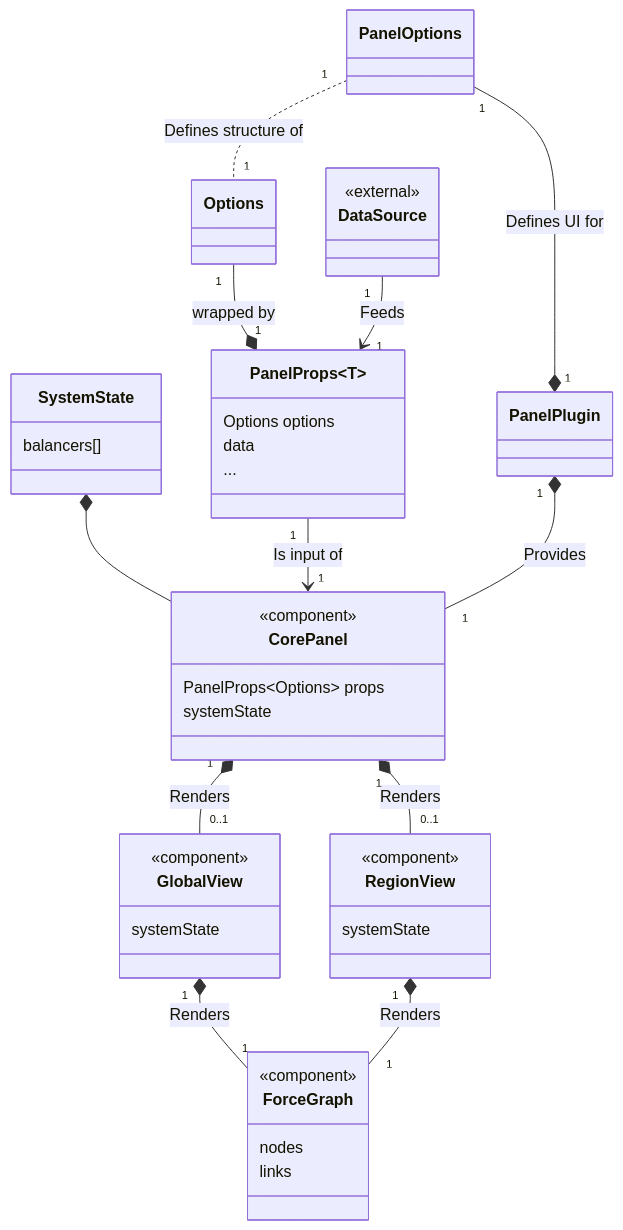
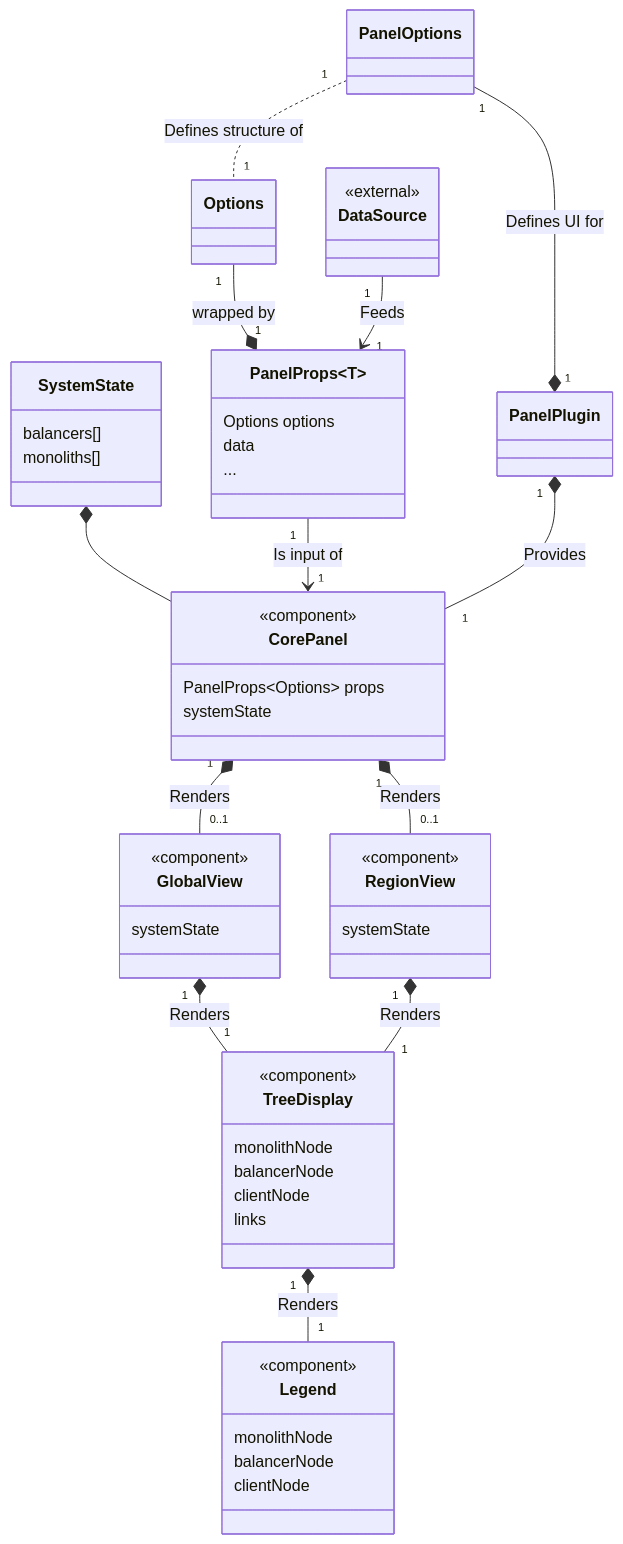
The diagram in figures/vis/panel-internal-class.mmd (dyc3/senior-design), drawn with Mermaid before and after one commit. The commit also changed 1 other file, not shown here.

Commit message:
Update panel internal class figure

```diff
--- a/figures/vis/panel-internal-class.mmd
+++ b/figures/vis/panel-internal-class.mmd
@@ -1,49 +1,59 @@
 classDiagram
     class PanelPlugin
     class PanelProps~T~ {
         Options options
         data
         ...
     }
     class CorePanel {
         <<component>>
         PanelProps~Options~ props
         systemState
     }
     class GlobalView {
         <<component>>
         systemState
     }
     class RegionView {
         <<component>>
         systemState
     }
     class DataSource {
         <<external>>
     }
-    class ForceGraph {
+    class TreeDisplay {
         <<component>>
-        nodes
+        monolithNode
+        balancerNode
+        clientNode
         links
     }
     class SystemState {
         balancers[]
+        monoliths[]
+    }
+    class Legend {
+        <<component>>
+        monolithNode
+        balancerNode
+        clientNode
     }
 
     SystemState *-- CorePanel
     PanelOptions "1" --* "1" PanelPlugin : Defines UI for
     PanelOptions "1" .. "1" Options : Defines structure of
     PanelProps "1" --> "1" CorePanel : Is input of
     Options "1" --* "1" PanelProps : wrapped by
     DataSource "1" --> "1" PanelProps : Feeds
     PanelPlugin "1" *-- "1" CorePanel : Provides
     CorePanel "1" *-- "0..1" GlobalView : Renders
     CorePanel "1" *-- "0..1" RegionView : Renders
-    GlobalView "1" *-- "1" ForceGraph : Renders
-    RegionView "1" *-- "1" ForceGraph : Renders
+    GlobalView "1" *-- "1" TreeDisplay : Renders
+    RegionView "1" *-- "1" TreeDisplay : Renders
+    TreeDisplay "1" *-- "1" Legend : Renders
 
     %% FIXME: not supported on mermaid 10.6, requires upgrading to 10.7
     %% style DataSource stroke:,stroke-dasharray:5 5
     %% style PanelProps stroke:,stroke-dasharray:5 5
     %% style PanelPlugin stroke:,stroke-dasharray:5 5
     %% style PanelOptions stroke:,stroke-dasharray:5 5
```
